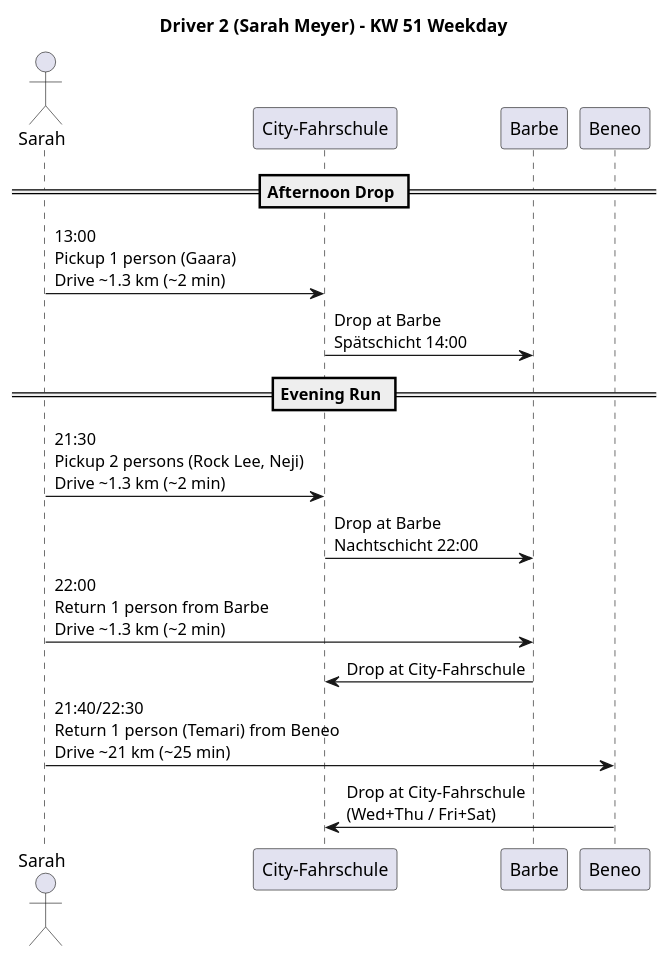
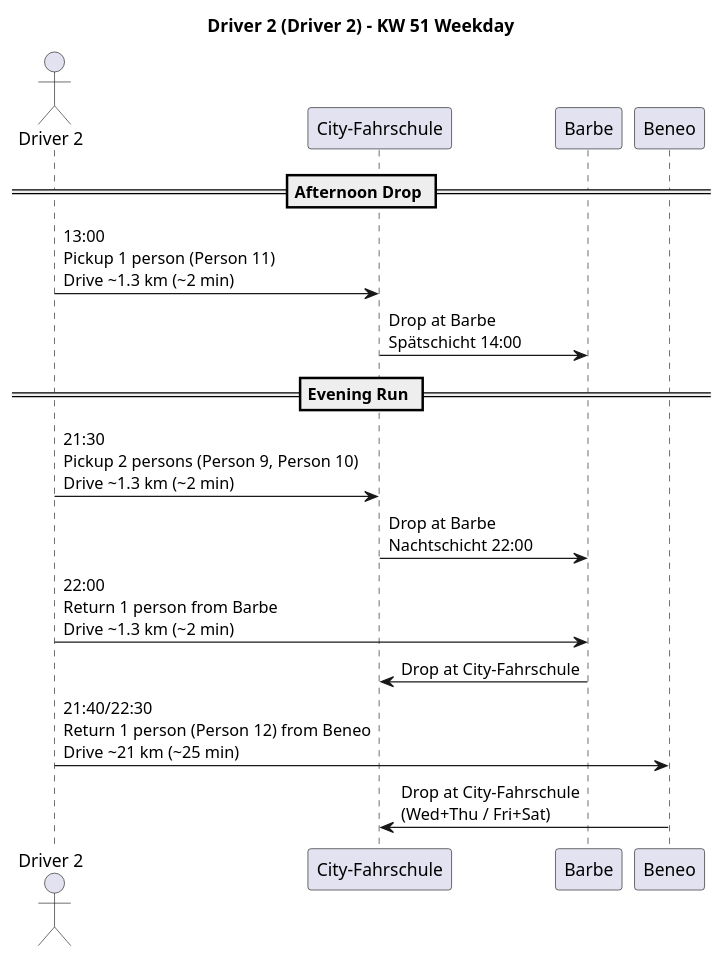
Before and after one commit to proCaj/EmployeeRideSolver: the third of 5 diagrams in visualization-data.md, drawn with PlantUML. The commit also changed other lines of this file and 25 other files, not shown here.

````diff
--- a/visualization-data.md
+++ b/visualization-data.md
@@ -199,25 +199,25 @@
 ```plantuml
 @startuml Driver2_KW51_Weekday
-title Driver 2 (Sarah Meyer) - KW 51 Weekday
+title Driver 2 (Driver 2) - KW 51 Weekday
 
-actor "Sarah" as D
+actor "Driver 2" as D
 participant "City-Fahrschule" as H
 participant "Barbe" as B
 participant "Beneo" as BN
 
 == Afternoon Drop ==
-D -> H : 13:00\nPickup 1 person (Gaara)\nDrive ~1.3 km (~2 min)
+D -> H : 13:00\nPickup 1 person (Person 11)\nDrive ~1.3 km (~2 min)
 H -> B : Drop at Barbe\nSpätschicht 14:00
 
 == Evening Run ==
-D -> H : 21:30\nPickup 2 persons (Rock Lee, Neji)\nDrive ~1.3 km (~2 min)
+D -> H : 21:30\nPickup 2 persons (Person 9, Person 10)\nDrive ~1.3 km (~2 min)
 H -> B : Drop at Barbe\nNachtschicht 22:00
 
 D -> B : 22:00\nReturn 1 person from Barbe\nDrive ~1.3 km (~2 min)
 B -> H : Drop at City-Fahrschule
 
-D -> BN : 21:40/22:30\nReturn 1 person (Temari) from Beneo\nDrive ~21 km (~25 min)
+D -> BN : 21:40/22:30\nReturn 1 person (Person 12) from Beneo\nDrive ~21 km (~25 min)
 BN -> H : Drop at City-Fahrschule\n(Wed+Thu / Fri+Sat)
 
 @enduml
 ```
````
